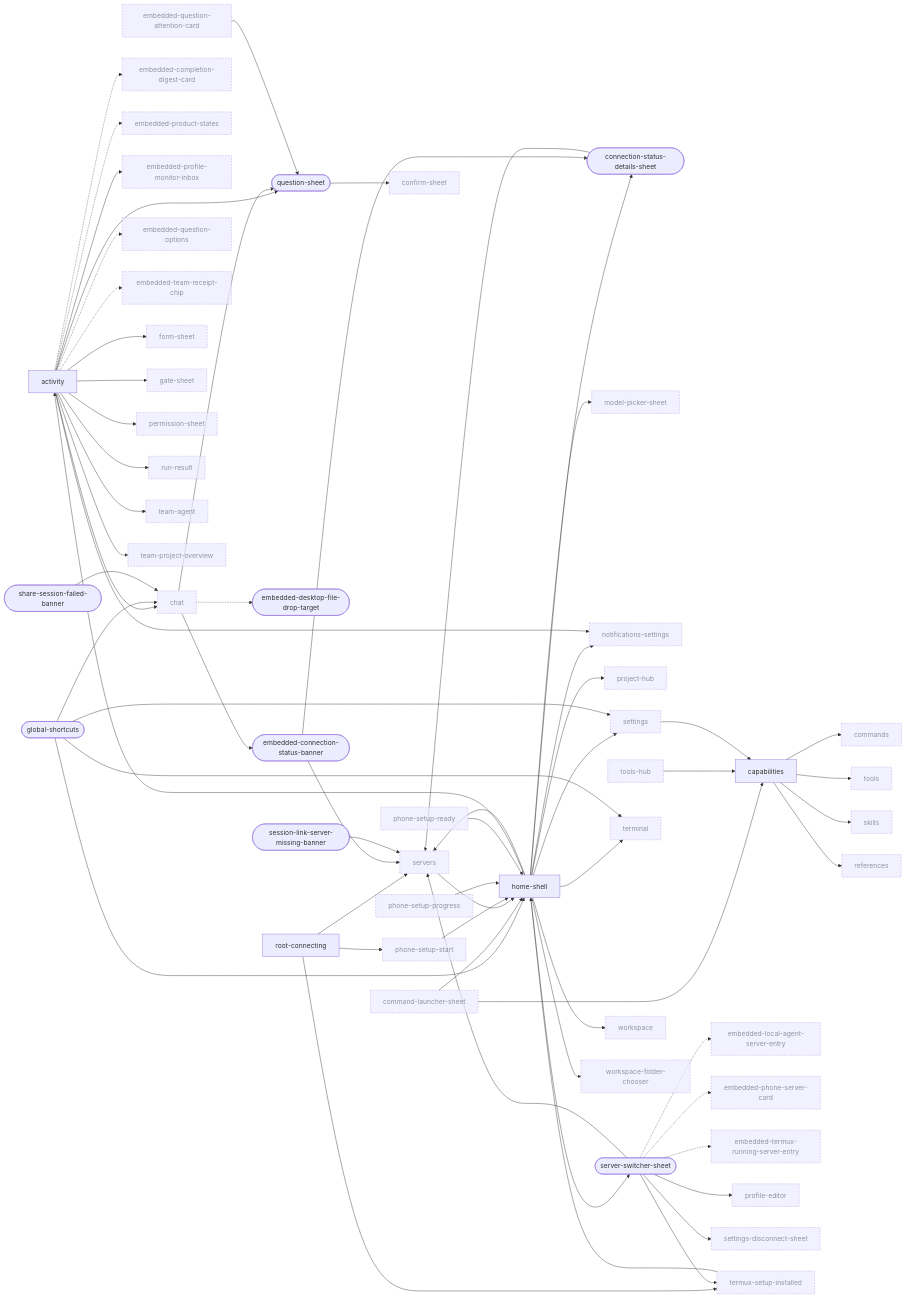
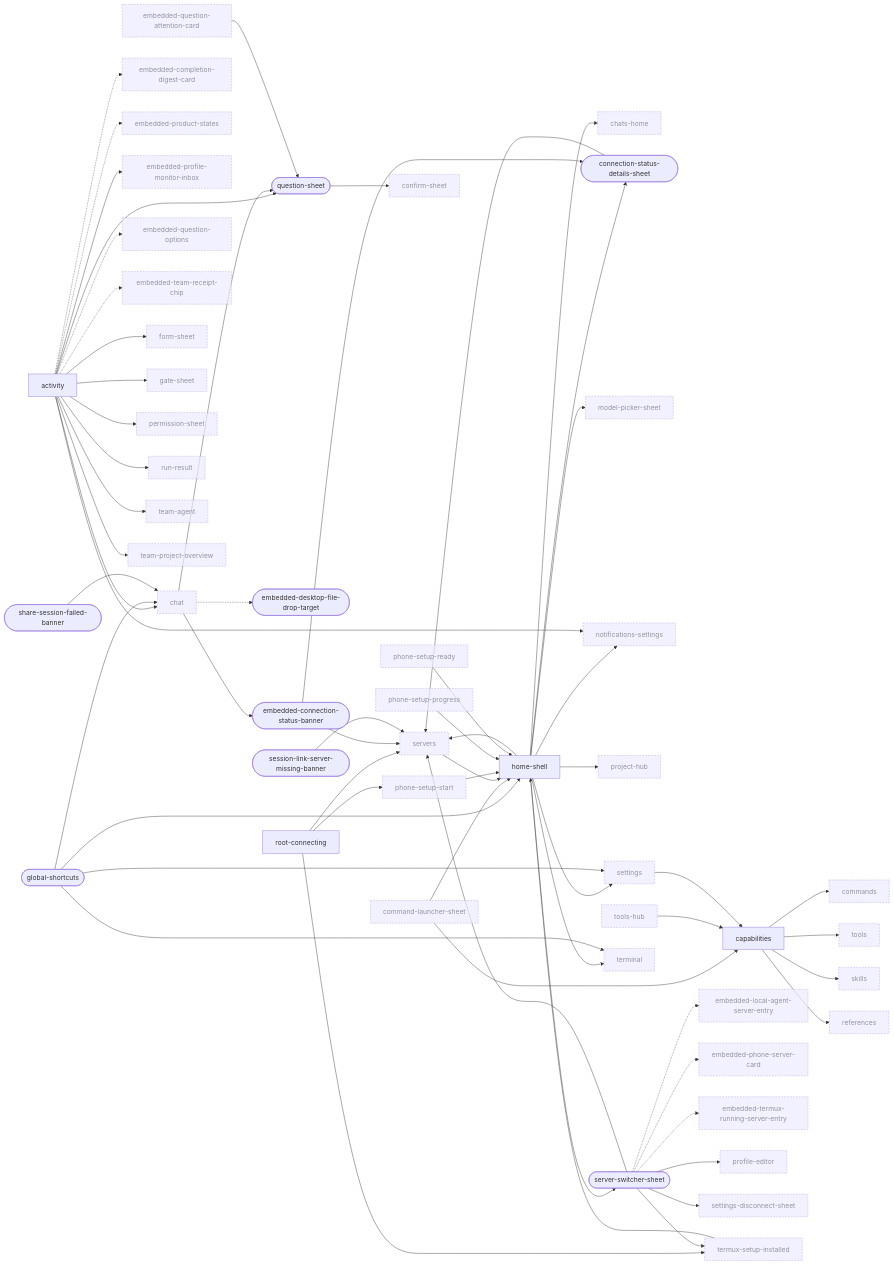
Before and after one commit to Eslamasabry/opencode-mobile-next: the first of 10 diagrams in docs/design/ui-ledger/navigation.md, drawn with Mermaid. The commit also changed other lines of this file and 133 other files, not shown here.

First line of the commit message:
wip(chats-first-shell): Chats/Files/Settings tabs, Work screen removed, chat project chip, Inbox entry points to Chats [skip ci]

```diff
--- a/docs/design/ui-ledger/navigation.md
+++ b/docs/design/ui-ledger/navigation.md
@@ -23,6 +23,7 @@
   activity["activity"]
   capabilities["capabilities"]
   chat["chat"]:::ext
+  chats_home["chats-home"]:::ext
   command_launcher_sheet["command-launcher-sheet"]:::ext
   commands["commands"]:::ext
   confirm_sheet["confirm-sheet"]:::ext
@@ -67,14 +68,11 @@
   termux_setup_installed["termux-setup-installed"]:::ext
   tools["tools"]:::ext
   tools_hub["tools-hub"]:::ext
-  workspace["workspace"]:::ext
-  workspace_folder_chooser["workspace-folder-chooser"]:::ext
   root_connecting --> termux_setup_installed
   root_connecting --> servers
   root_connecting --> phone_setup_start
-  home_shell --> workspace
+  home_shell --> chats_home
   home_shell --> project_hub
-  home_shell --> activity
   home_shell --> settings
   home_shell --> terminal
   home_shell --> server_switcher_sheet
@@ -119,7 +117,6 @@
   phone_setup_progress --> home_shell
   phone_setup_ready --> home_shell
   tools_hub --> capabilities
-  home_shell --> workspace_folder_chooser
   chat -.-> embedded_desktop_file_drop_target
   activity -.-> embedded_product_states
   settings --> capabilities
```
